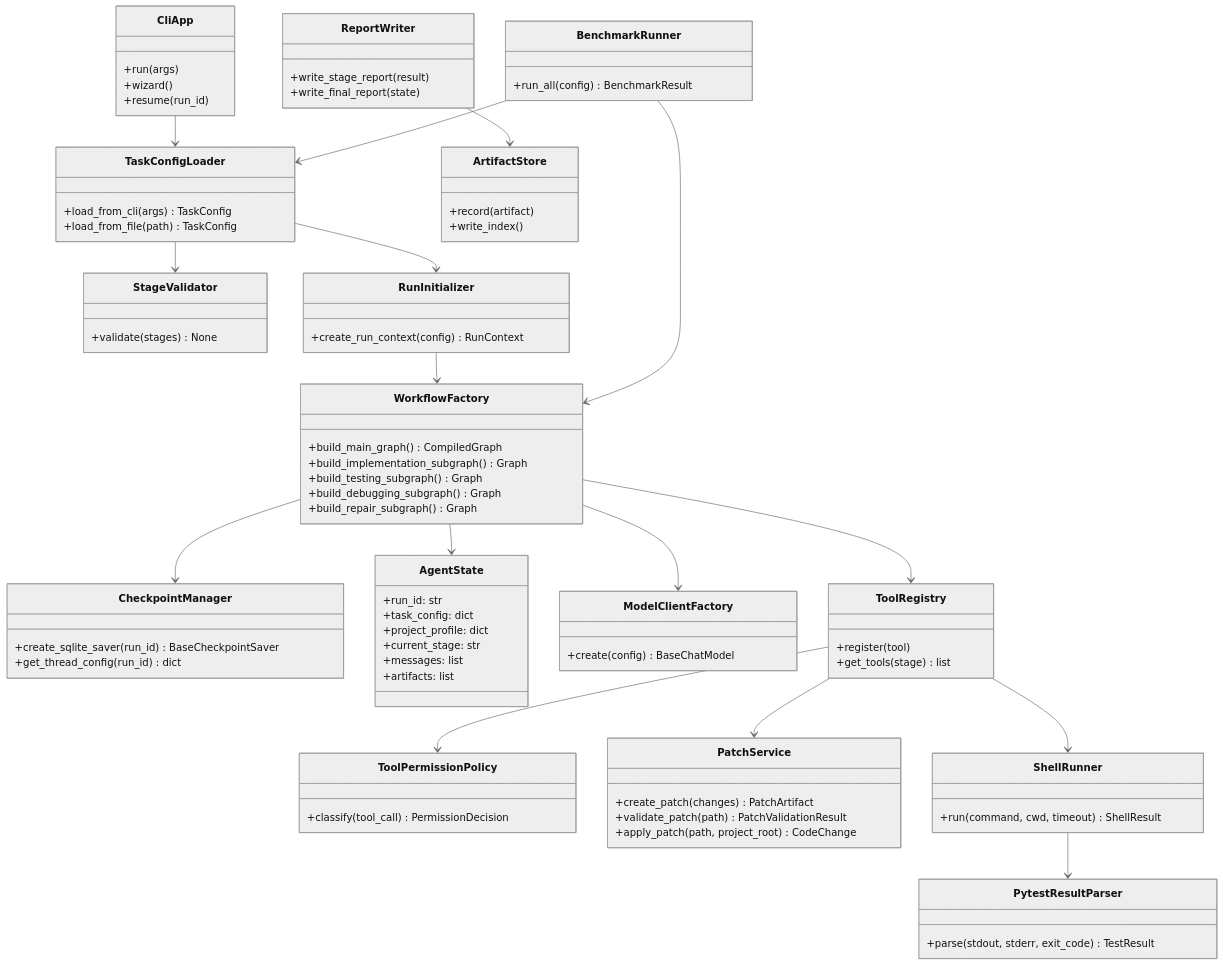
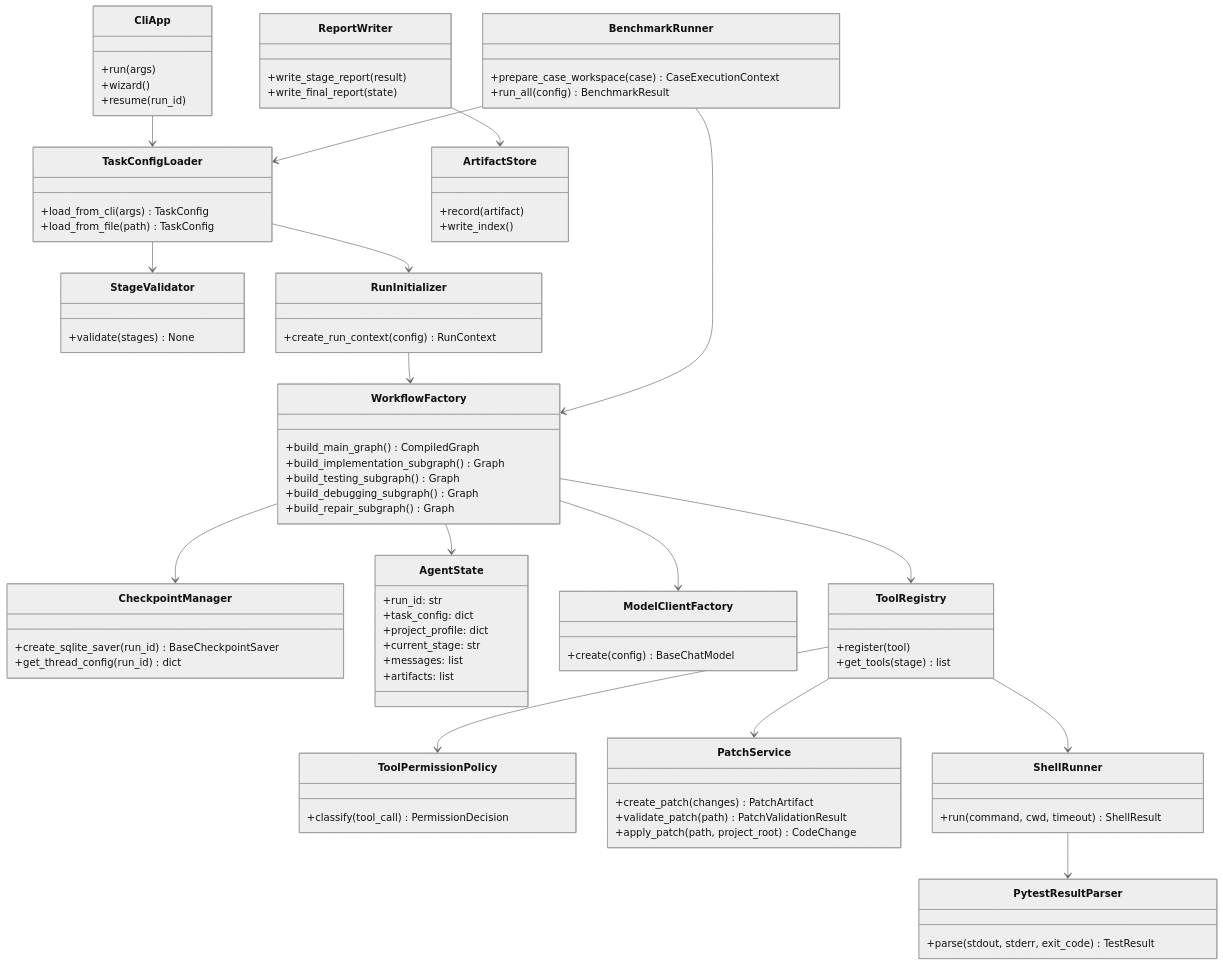
One commit to JerryChen-USTB/CodeAgent changed the diagram in docs/design/05_核心类与接口设计.md. Above: the diagram before and after it, drawn with Mermaid (neutral theme). The commit also changed other lines of this file and 37 other files, not shown here.

```diff
--- a/docs/design/05_核心类与接口设计.md
+++ b/docs/design/05_核心类与接口设计.md
@@ -92,6 +92,7 @@
   }
 
   class BenchmarkRunner {
+    +prepare_case_workspace(case) CaseExecutionContext
     +run_all(config) BenchmarkResult
   }
 
```
